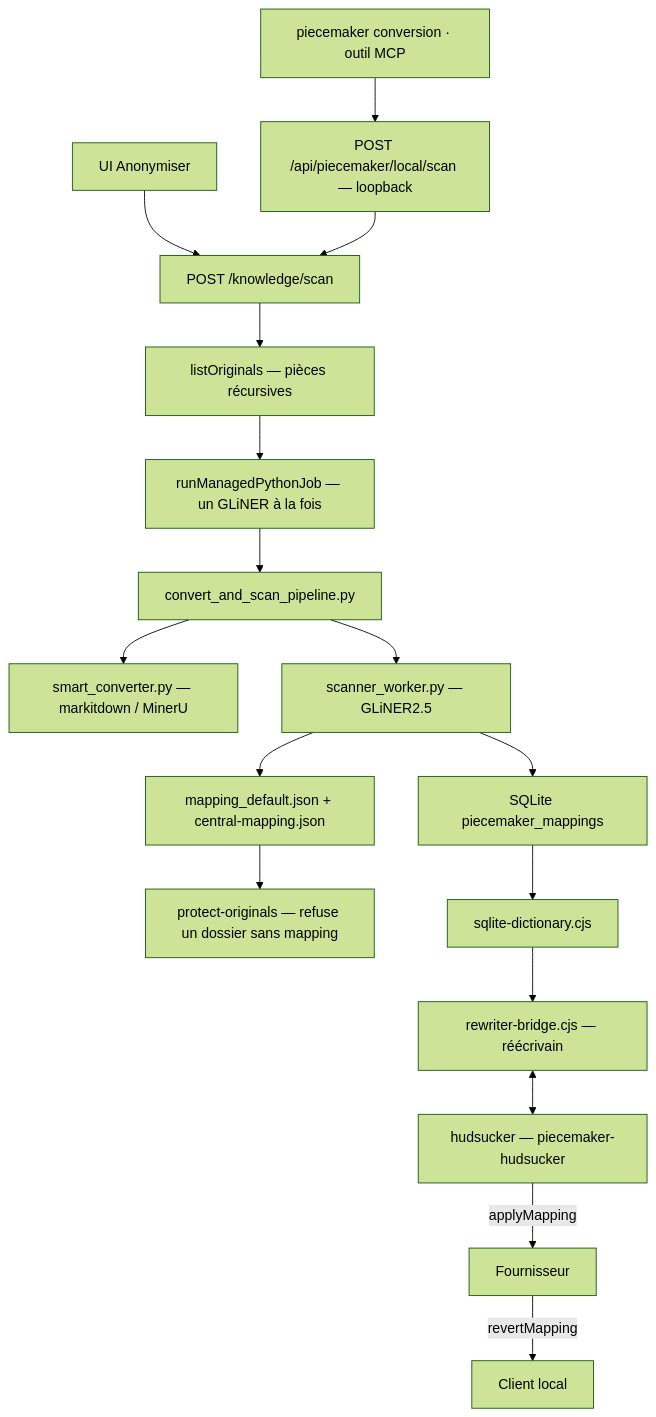
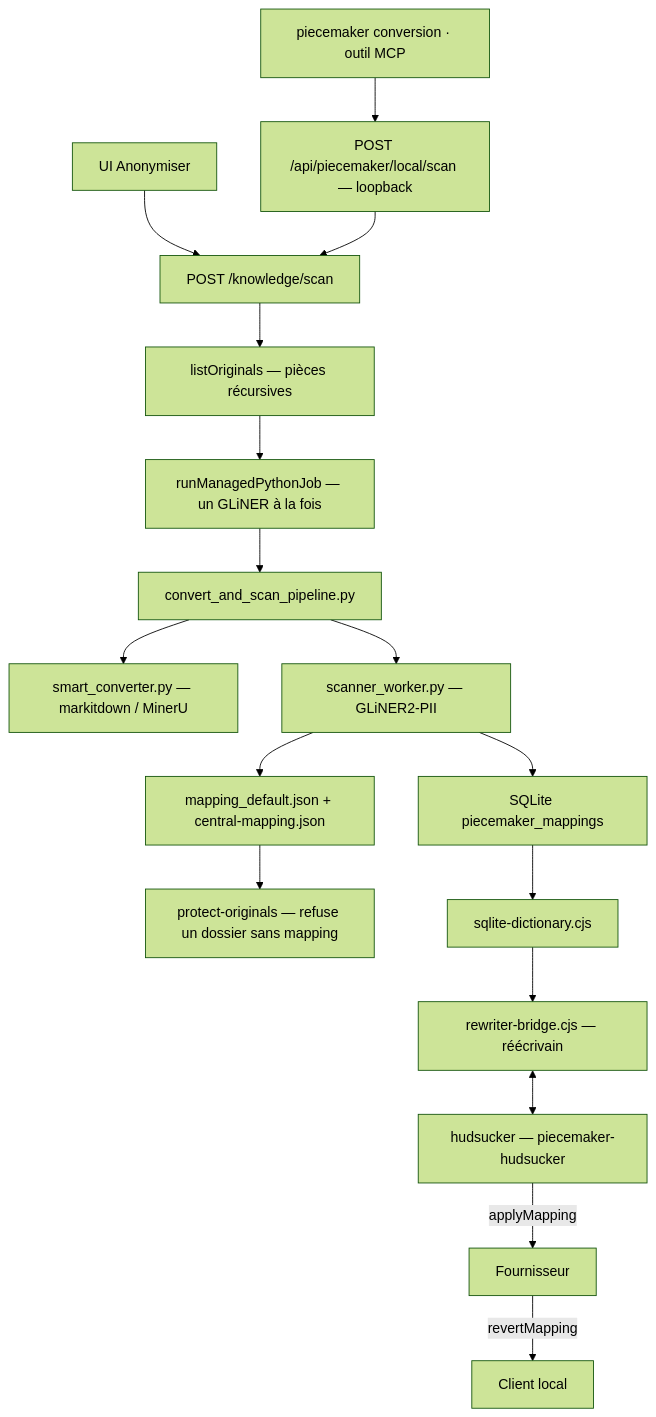
One commit to PieceMaker-Legal/piecemaker-droit-francais changed the diagram in docs/anonymisation.md. Above: the diagram before and after it, drawn with Mermaid (forest theme). The commit also changed other lines of this file and 14 other files, not shown here.

First line of the commit message:
feat(anonymizer): remplacer GLiNER2.5 multi par GLiNER2-PII multi

````diff
--- a/docs/anonymisation.md
+++ b/docs/anonymisation.md
@@ -15,19 +15,19 @@
 ```mermaid
 flowchart TD
   UI["UI Anonymiser"] --> API["POST /knowledge/scan"]
   CLI["piecemaker conversion · outil MCP"] --> LOCAL["POST /api/piecemaker/local/scan — loopback"]
   LOCAL --> API
   API --> LIST["listOriginals — pièces récursives"]
   LIST --> LOCK["runManagedPythonJob — un GLiNER à la fois"]
   LOCK --> PY["convert_and_scan_pipeline.py"]
   PY --> MD["smart_converter.py — markitdown / MinerU"]
-  PY --> SCAN["scanner_worker.py — GLiNER2.5"]
+  PY --> SCAN["scanner_worker.py — GLiNER2-PII"]
   SCAN --> JSON["mapping_default.json + central-mapping.json"]
   SCAN --> SQL["SQLite piecemaker_mappings"]
   JSON --> HOOK["protect-originals — refuse un dossier sans mapping"]
   SQL --> DICT["sqlite-dictionary.cjs"]
   DICT --> BRIDGE["rewriter-bridge.cjs — réécrivain"]
   BRIDGE <--> PROXY["hudsucker — piecemaker-hudsucker"]
   PROXY -->|"applyMapping"| UP["Fournisseur"]
   UP -->|"revertMapping"| DOWN["Client local"]
 ```
````
